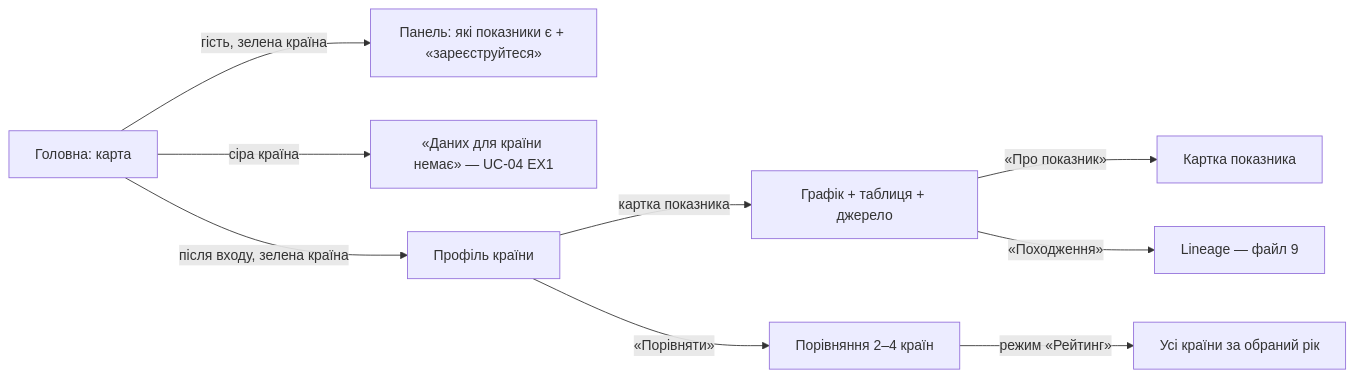
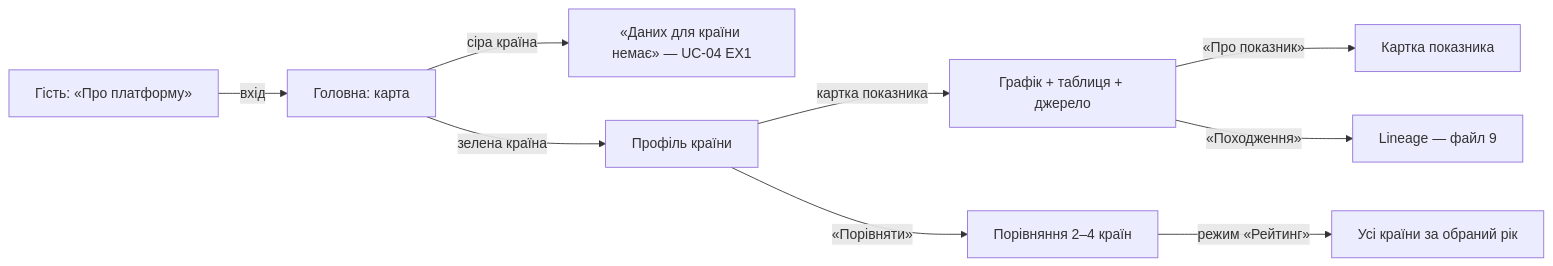
The diagram in docs/processes/11-analytics.md (andra023best/gedh), drawn with Mermaid before and after one commit. The commit also changed other lines of this file and 37 other files, not shown here.

First line of the commit message:
E6в: гість лише з «Про платформу», конектори, довідники, API-ключі

````diff
--- a/docs/processes/11-analytics.md
+++ b/docs/processes/11-analytics.md
@@ -16,11 +17,11 @@
 ```mermaid
 flowchart LR
-    H[Головна: карта] -- гість, зелена країна --> G[Панель: які показники є + «зареєструйтеся»]
+    A[Гість: «Про платформу»] -- вхід --> H
     H -- сіра країна --> X[«Даних для країни немає» — UC-04 EX1]
-    H -- після входу, зелена країна --> P[Профіль країни]
+    H[Головна: карта] -- зелена країна --> P[Профіль країни]
     P -- картка показника --> C[Графік + таблиця + джерело]
     P -- «Порівняти» --> M[Порівняння 2–4 країн]
     M -- режим «Рейтинг» --> R[Усі країни за обраний рік]
     C -- «Про показник» --> I[Картка показника]
     C -- «Походження» --> L[Lineage — файл 9]
 ```
````
